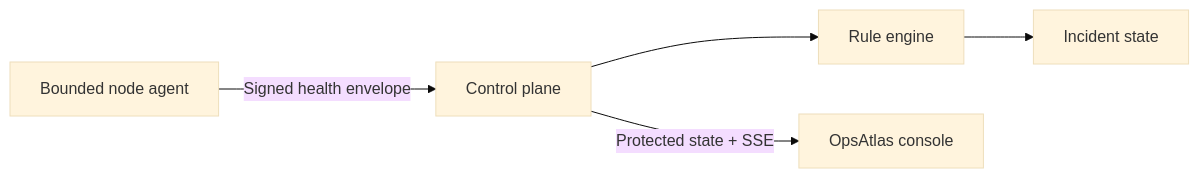
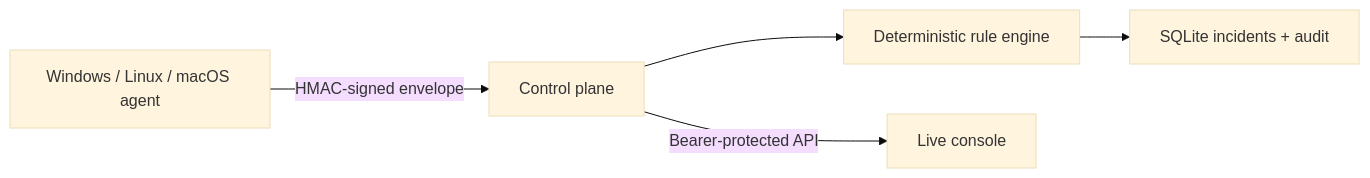
Before and after one commit to ReedStel/OpsAtlas: the diagram in README.md, drawn with Mermaid (base theme). The commit also changed other lines of this file and 28 other files, not shown here.

Commit message:
Release OpsAtlas v1 with durable secure telemetry

````diff
--- a/README.md
+++ b/README.md
@@ -34,7 +22,7 @@
 ```mermaid
 flowchart LR
-    A["Bounded node agent"] -->|"Signed health envelope"| B["Control plane"]
-    B --> C["Rule engine"]
-    C --> D["Incident state"]
-    B -->|"Protected state + SSE"| E["OpsAtlas console"]
+    A["Windows / Linux / macOS agent"] -->|"HMAC-signed envelope"| B["Control plane"]
+    B --> C["Deterministic rule engine"]
+    C --> D["SQLite incidents + audit"]
+    B -->|"Bearer-protected API"| E["Live console"]
 ```
````
